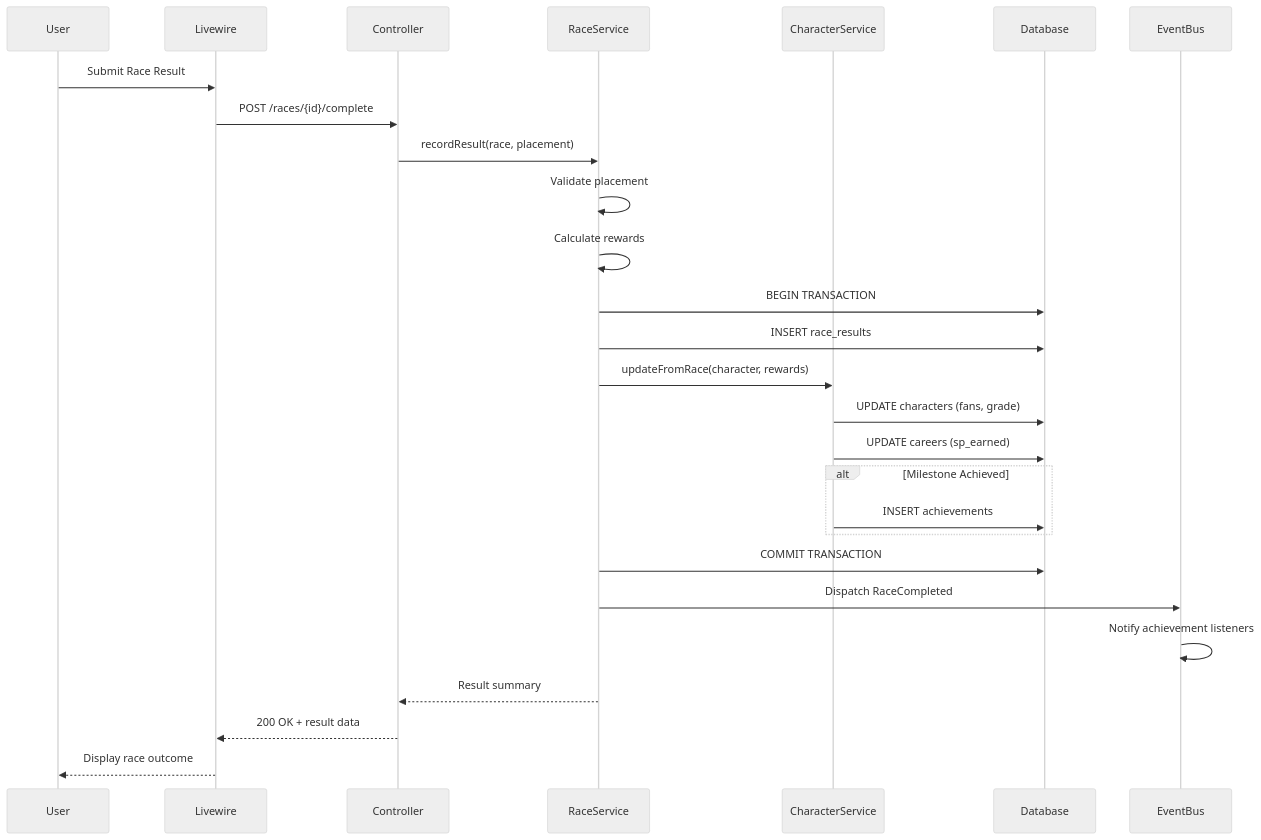
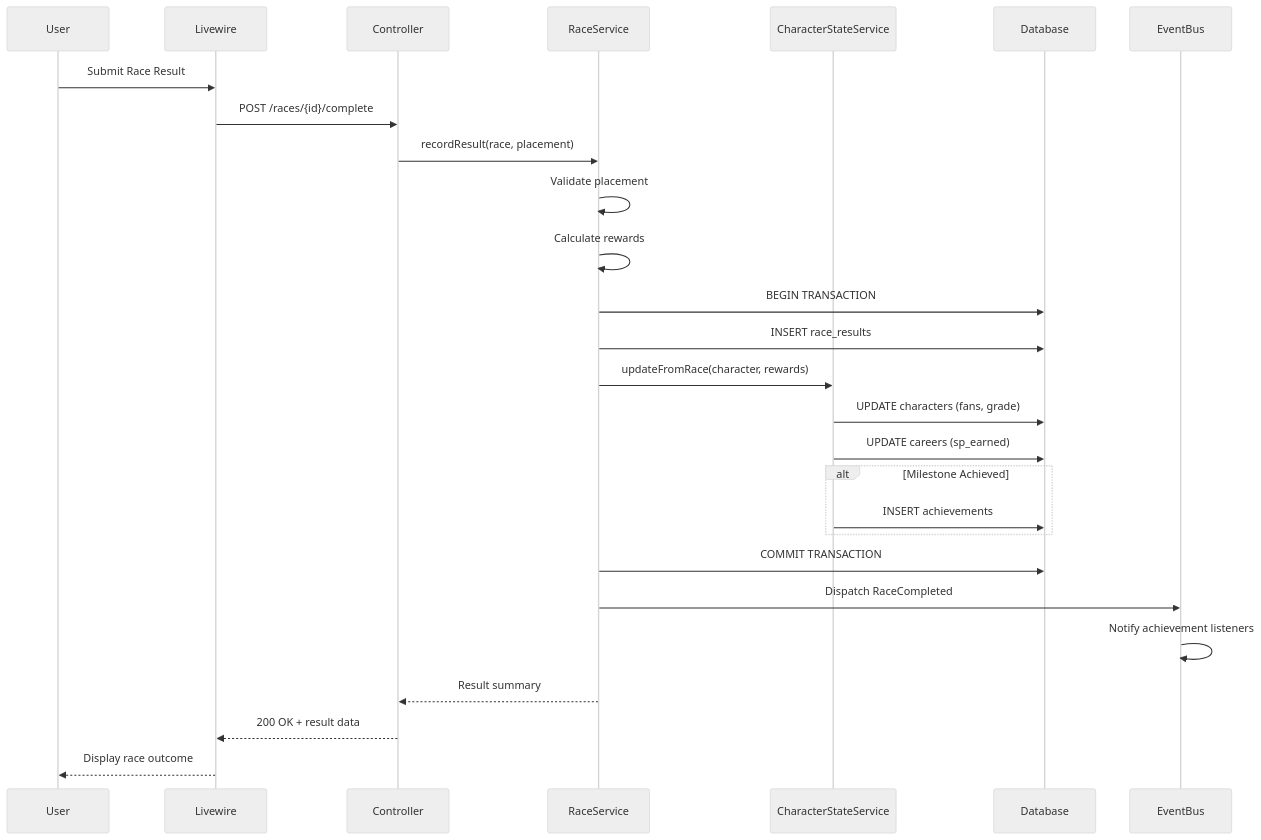
Before and after one commit to exatfrds67/umamusume-career-planner: the fifth of 17 diagrams in docs/01-sequences/000_SEQUENCE_DIAGRAMS_INDEX.md, drawn with Mermaid (neutral theme). The commit also changed other lines of this file and 111 other files, not shown here.

````diff
--- a/docs/01-sequences/000_SEQUENCE_DIAGRAMS_INDEX.md
+++ b/docs/01-sequences/000_SEQUENCE_DIAGRAMS_INDEX.md
@@ -250,38 +250,38 @@
 ```mermaid
 sequenceDiagram
     participant User
     participant Livewire
     participant Controller
     participant RaceService
-    participant CharacterService
+    participant CharacterStateService
     participant Database
     participant EventBus
 
     User->>Livewire: Submit Race Result
     Livewire->>Controller: POST /races/{id}/complete
     Controller->>RaceService: recordResult(race, placement)
     
     RaceService->>RaceService: Validate placement
     RaceService->>RaceService: Calculate rewards
     
     RaceService->>Database: BEGIN TRANSACTION
     
     RaceService->>Database: INSERT race_results
-    RaceService->>CharacterService: updateFromRace(character, rewards)
+    RaceService->>CharacterStateService: updateFromRace(character, rewards)
     
-    CharacterService->>Database: UPDATE characters (fans, grade)
-    CharacterService->>Database: UPDATE careers (sp_earned)
+    CharacterStateService->>Database: UPDATE characters (fans, grade)
+    CharacterStateService->>Database: UPDATE careers (sp_earned)
     
     alt Milestone Achieved
-        CharacterService->>Database: INSERT achievements
+        CharacterStateService->>Database: INSERT achievements
     end
     
     RaceService->>Database: COMMIT TRANSACTION
     
     RaceService->>EventBus: Dispatch RaceCompleted
     EventBus->>EventBus: Notify achievement listeners
     
     RaceService-->>Controller: Result summary
     Controller-->>Livewire: 200 OK + result data
     Livewire-->>User: Display race outcome
 ```
````
